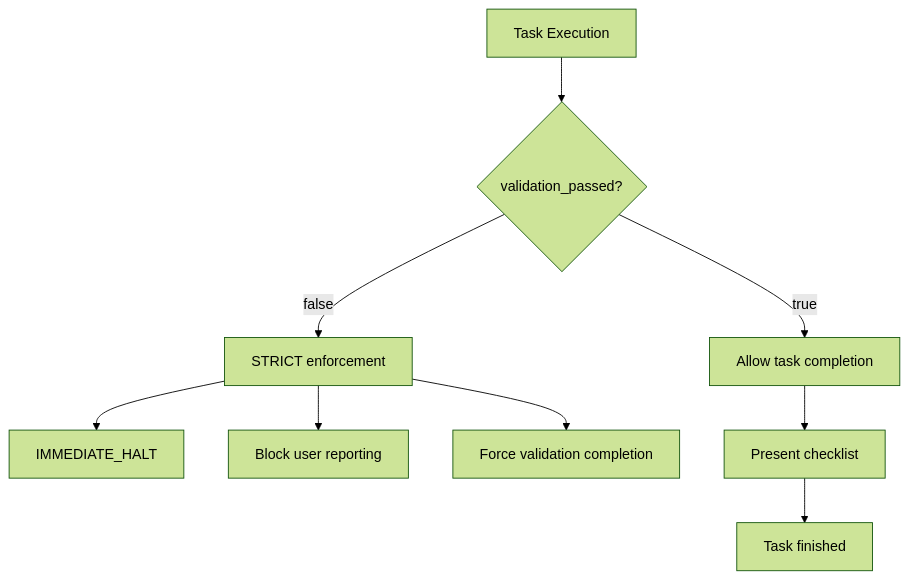
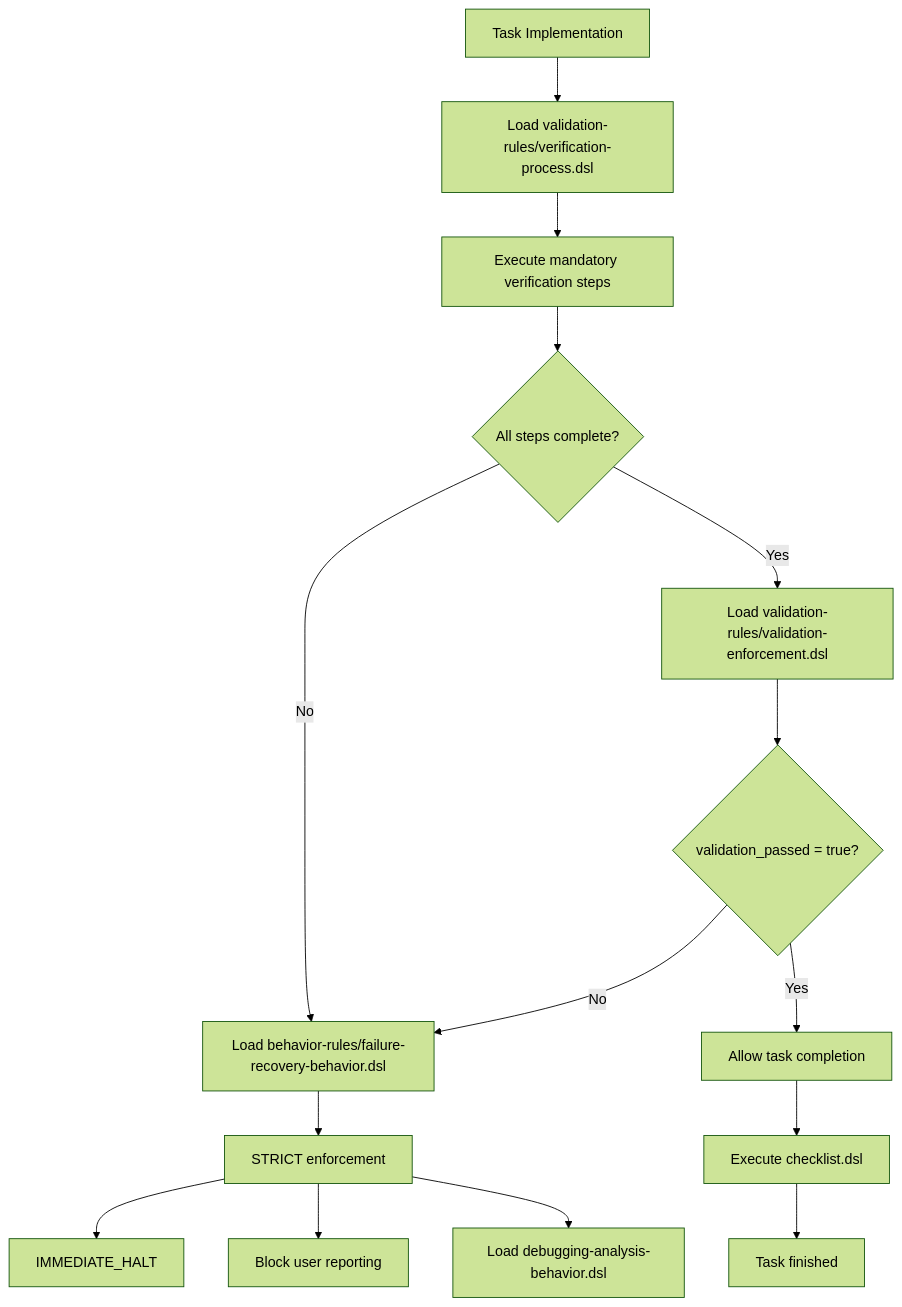
The sixth of 9 diagrams in dsl/FLOW.md (reivosar/claude-code-engineering-guide), drawn with Mermaid (forest theme) before and after one commit. The commit also changed other lines of this file, not shown here.

First line of the commit message:
UPDATE: Completely rewrite dsl/FLOW.md to reflect current modular architecture

````diff
--- a/dsl/FLOW.md
+++ b/dsl/FLOW.md
@@ -148,11 +139,19 @@
 ```mermaid
 flowchart TD
-    A[Task Execution] --> B{validation_passed?}
-    B -->|false| C[STRICT enforcement]
-    C --> D[IMMEDIATE_HALT]
-    C --> E[Block user reporting]
-    C --> F[Force validation completion]
-    B -->|true| G[Allow task completion]
-    G --> H[Present checklist]
-    H --> I[Task finished]
+    A[Task Implementation] --> B[Load validation-rules/verification-process.dsl]
+    B --> C[Execute mandatory verification steps]
+    C --> D{All steps complete?}
+    
+    D -->|No| E[Load behavior-rules/failure-recovery-behavior.dsl]
+    E --> F[STRICT enforcement]
+    F --> G[IMMEDIATE_HALT]
+    F --> H[Block user reporting]
+    F --> I[Load debugging-analysis-behavior.dsl]
+    
+    D -->|Yes| J[Load validation-rules/validation-enforcement.dsl]
+    J --> K{validation_passed = true?}
+    K -->|No| E
+    K -->|Yes| L[Allow task completion]
+    L --> M[Execute checklist.dsl]
+    M --> N[Task finished]
 ```
````
